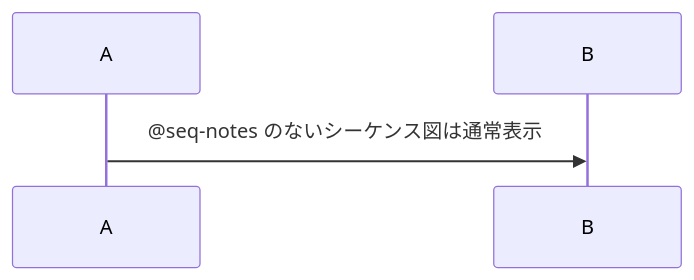
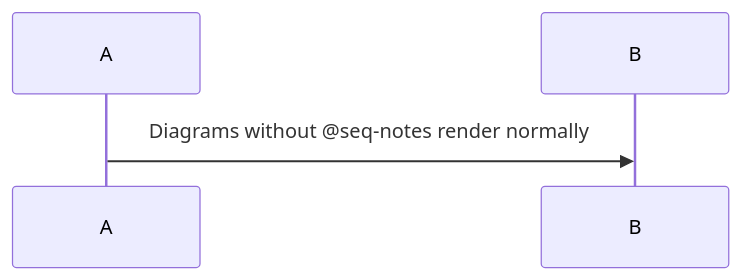
The second of 2 diagrams in examples/login.md (playree/markdown-design-doc-viewer), drawn with Mermaid before and after one commit. The commit also changed other lines of this file, not shown here.

````diff
--- a/examples/login.md
+++ b/examples/login.md
@@ -75,4 +185,4 @@
 ```mermaid
 sequenceDiagram
-    A->>B: @seq-notes のないシーケンス図は通常表示
+    A->>B: Diagrams without @seq-notes render normally
 ```
````
